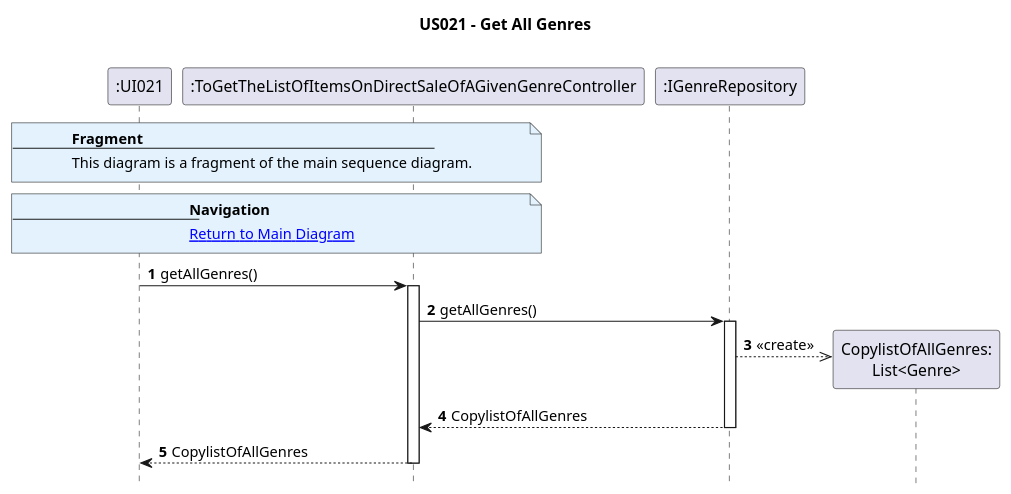
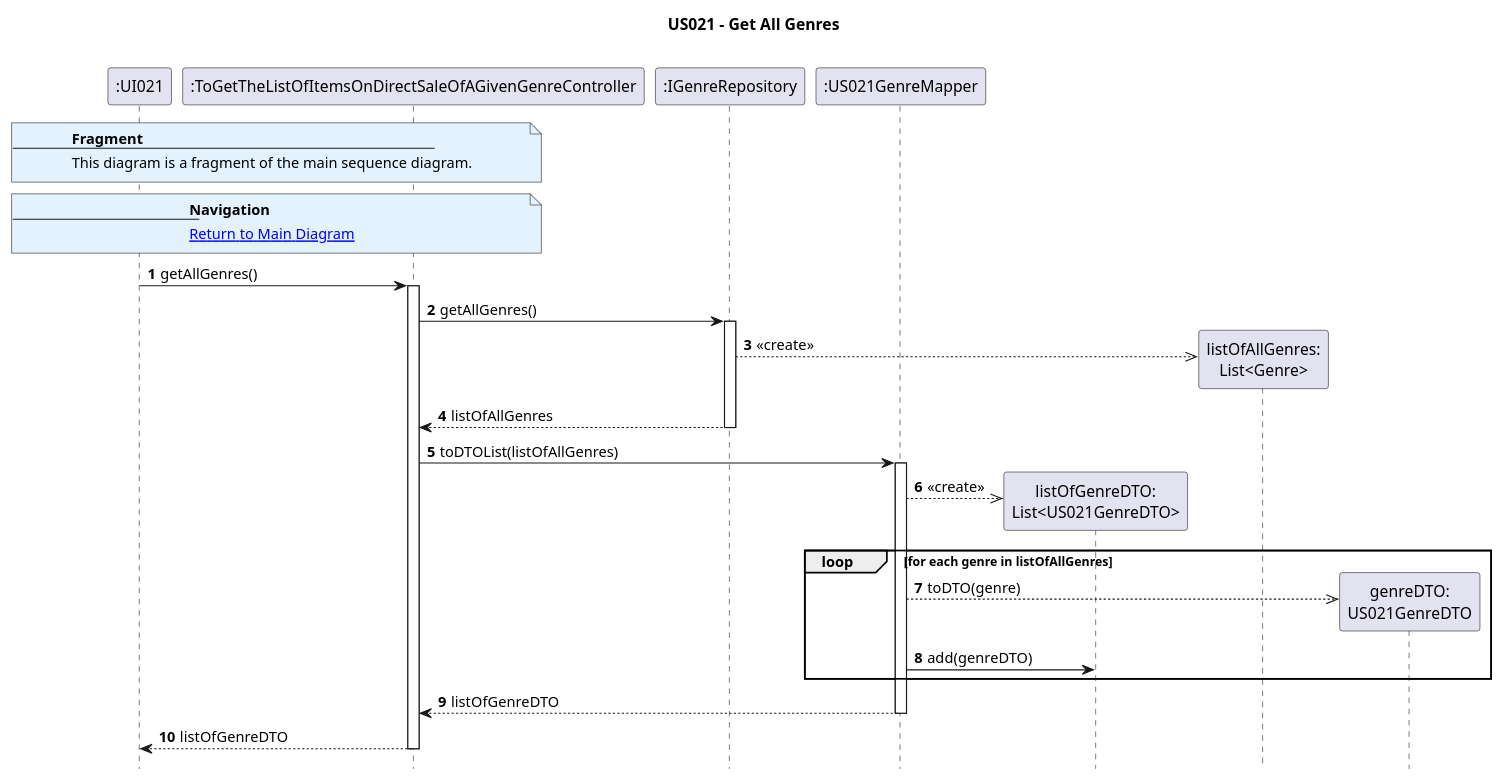
Before and after one commit to AndrePereiraGitH/SWitCH-Project-Team_A: the diagram in Diagrams/SequenceDiagrams/N2/US021-to-get-the-list-of-items-on-direct-sale-of-a-given-genre/2.GetAllGenres.puml, drawn with PlantUML. The commit also changed 6 other files, not shown here.

Commit message:
Working on #544: update all US021 diagrams to reflect new architecture

```diff
--- a/Diagrams/SequenceDiagrams/N2/US021-to-get-the-list-of-items-on-direct-sale-of-a-given-genre/2.GetAllGenres.puml
+++ b/Diagrams/SequenceDiagrams/N2/US021-to-get-the-list-of-items-on-direct-sale-of-a-given-genre/2.GetAllGenres.puml
@@ -1,37 +1,46 @@
 @startuml
 hide footbox
 autonumber
 title US021 - Get All Genres
 
 participant ":UI021" as UI
 participant ":ToGetTheListOfItemsOnDirectSaleOfAGivenGenreController" as Ctrl
-participant ":IGenreRepository" as IgenreRepo
-participant "CopylistOfAllGenres:\nList<Genre>" as LG
+participant ":IGenreRepository" as IGenreRepo
+participant ":US021GenreMapper" as GenreMapper
+participant "listOfGenreDTO:\nList<US021GenreDTO>" as LGDTO
 
 note over UI, Ctrl #E3F2FD
 <b>Fragment</b>
 ---
 This diagram is a fragment of the main sequence diagram.
 end note
 
 note over UI, Ctrl #E3F2FD
 <b>Navigation</b>
 ---
 [[1.MainDiagram.puml Return to Main Diagram]]
 end note
 
 UI -> Ctrl : getAllGenres()
 activate Ctrl
 
-Ctrl -> IgenreRepo : getAllGenres()
-activate IgenreRepo
+Ctrl -> IGenreRepo : getAllGenres()
+activate IGenreRepo
+IGenreRepo -->> "listOfAllGenres:\nList<Genre>" ** : «create»
+IGenreRepo --> Ctrl : listOfAllGenres
+deactivate IGenreRepo
 
-IgenreRepo -->> LG ** : «create»
+Ctrl -> GenreMapper : toDTOList(listOfAllGenres)
+activate GenreMapper
+GenreMapper -->> LGDTO ** : «create»
+loop for each genre in listOfAllGenres
+    GenreMapper -->> "genreDTO:\nUS021GenreDTO" ** : toDTO(genre)
+    GenreMapper -> LGDTO : add(genreDTO)
+end
+GenreMapper --> Ctrl : listOfGenreDTO
+deactivate GenreMapper
 
-IgenreRepo --> Ctrl : CopylistOfAllGenres
-deactivate IgenreRepo
-
-Ctrl --> UI : CopylistOfAllGenres
+Ctrl --> UI : listOfGenreDTO
 deactivate Ctrl
 
 @enduml
```
